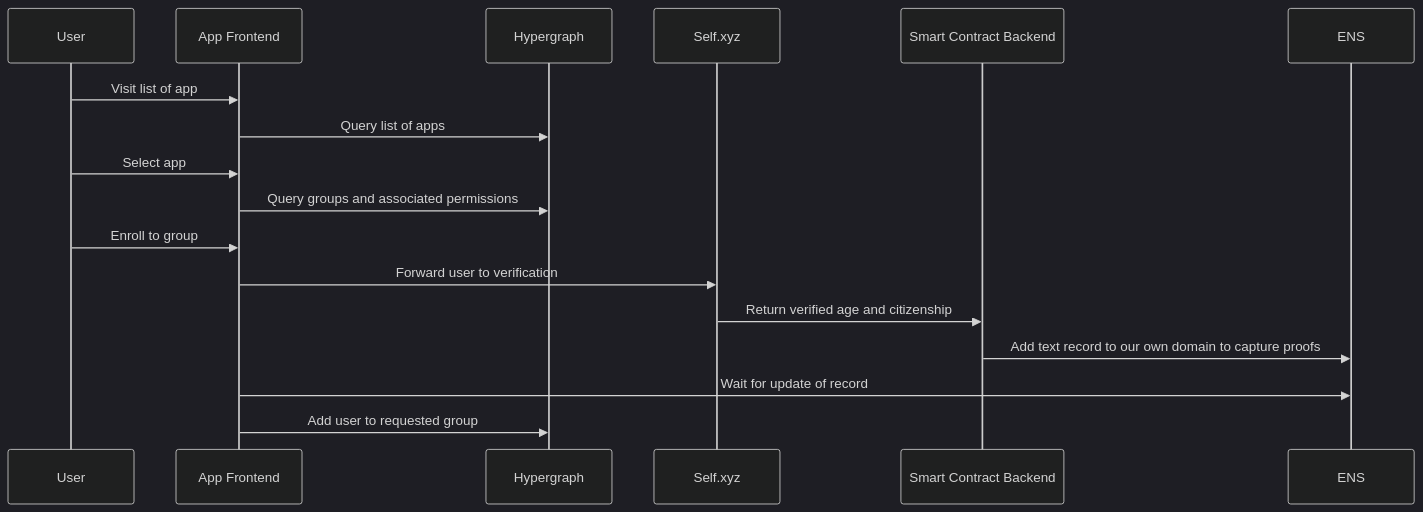
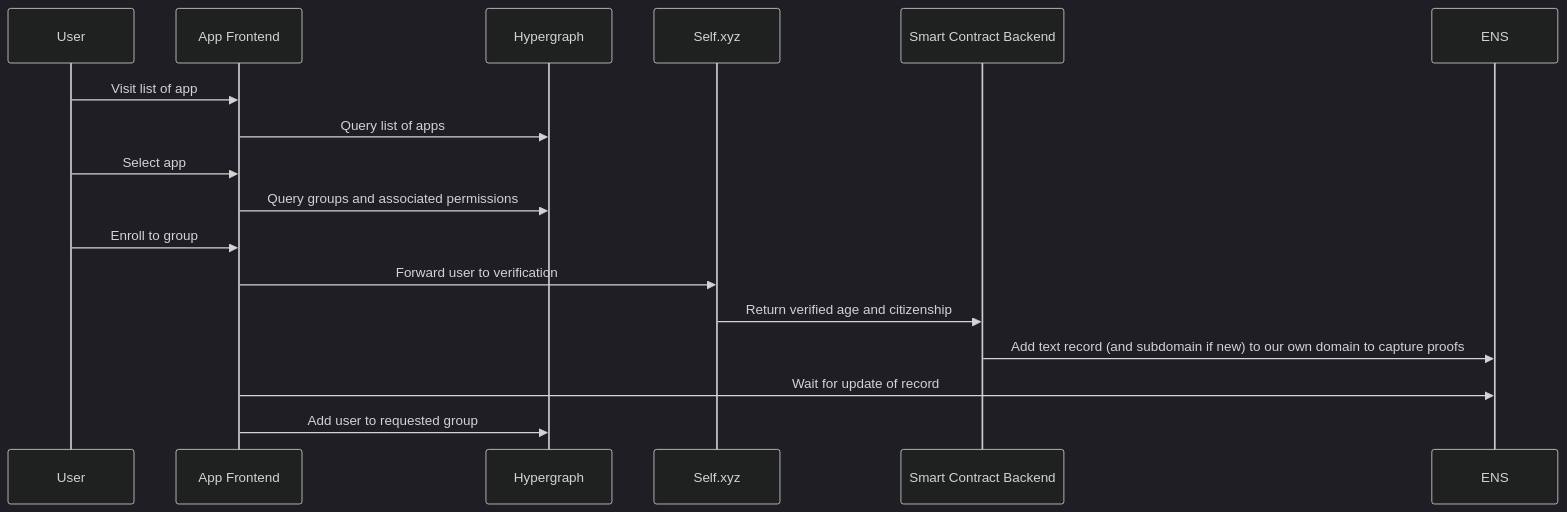
Before and after one commit to mDeisen/ETHCannes2025: the diagram in docs/flow_1.md, drawn with Mermaid (dark theme).

Commit message:
Important addition

````diff
--- a/docs/flow_1.md
+++ b/docs/flow_1.md
@@ -5,20 +5,20 @@
 ```mermaid
 sequenceDiagram
  participant User
  participant App Frontend
  participant Hypergraph
  participant Self.xyz
  participant Smart Contract Backend
  participant ENS
 
  User->>App Frontend: Visit list of app
  App Frontend->>Hypergraph: Query list of apps
  User->>App Frontend: Select app
  App Frontend->>Hypergraph: Query groups and associated permissions
  User->>App Frontend: Enroll to group
  App Frontend->>Self.xyz: Forward user to verification
  Self.xyz->>Smart Contract Backend: Return verified age and citizenship
- Smart Contract Backend->>ENS: Add text record to our own domain to capture proofs
+ Smart Contract Backend->>ENS: Add text record (and subdomain if new) to our own domain to capture proofs
  App Frontend->>ENS: Wait for update of record
  App Frontend->>Hypergraph: Add user to requested group
 ```
````
